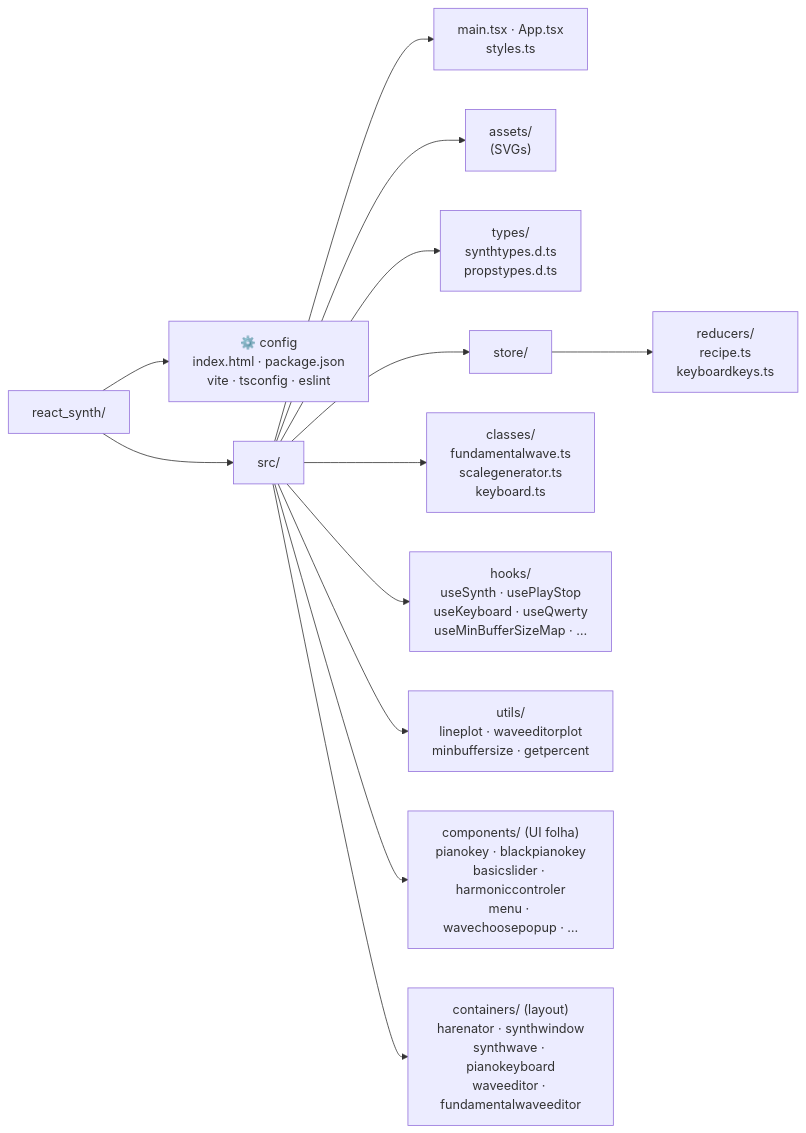
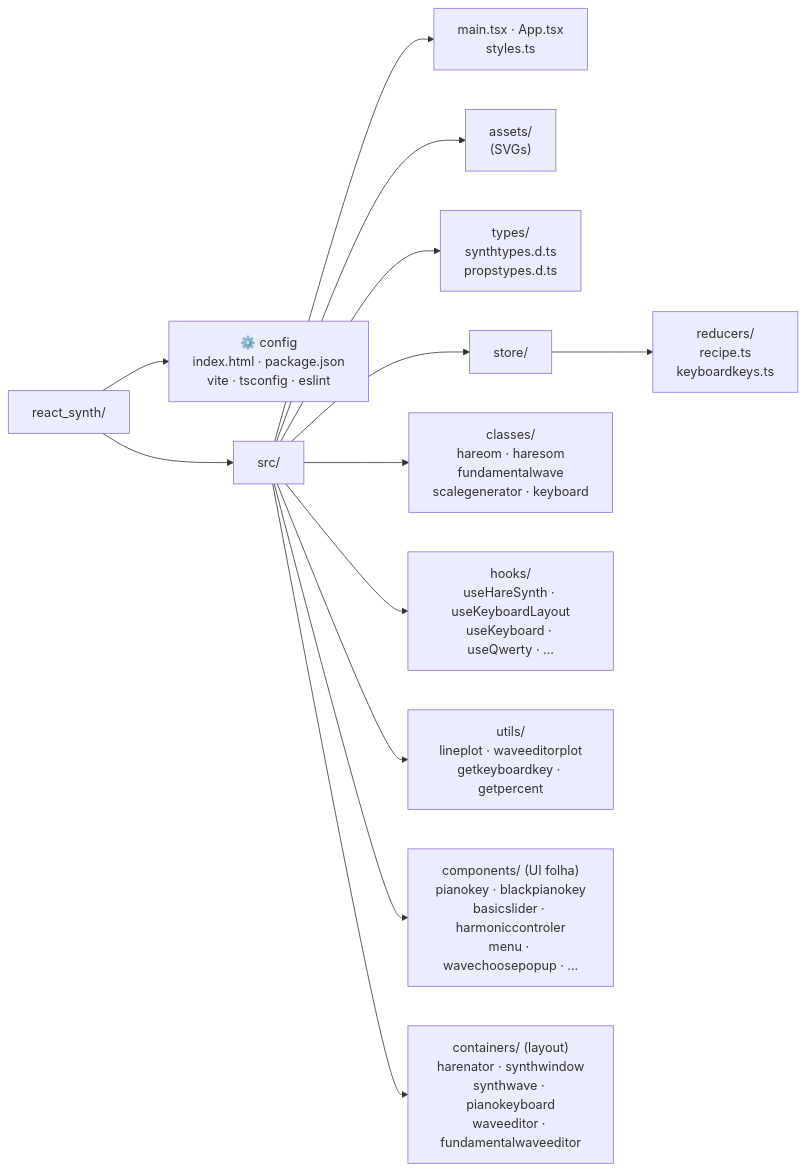
The second of 2 diagrams in docs/arquitetura.md (k-lila/react_synth), drawn with Mermaid before and after one commit. The commit also changed other lines of this file and 9 other files, not shown here.

````diff
--- a/docs/arquitetura.md
+++ b/docs/arquitetura.md
@@ -145,24 +151,24 @@
 ```mermaid
 flowchart LR
     root["react_synth/"]
 
     root --> cfg["⚙️ config<br/>index.html · package.json<br/>vite · tsconfig · eslint"]
     root --> src["src/"]
 
     src --> entry["main.tsx · App.tsx<br/>styles.ts"]
     src --> assets["assets/<br/>(SVGs)"]
     src --> types["types/<br/>synthtypes.d.ts<br/>propstypes.d.ts"]
 
     src --> store["store/"]
     store --> store_r["reducers/<br/>recipe.ts<br/>keyboardkeys.ts"]
 
-    src --> classes["classes/<br/>fundamentalwave.ts<br/>scalegenerator.ts<br/>keyboard.ts"]
+    src --> classes["classes/<br/>hareom · haresom<br/>fundamentalwave<br/>scalegenerator · keyboard"]
 
-    src --> hooks["hooks/<br/>useSynth · usePlayStop<br/>useKeyboard · useQwerty<br/>useMinBufferSizeMap · …"]
+    src --> hooks["hooks/<br/>useHareSynth · useKeyboardLayout<br/>useKeyboard · useQwerty · …"]
 
-    src --> utils["utils/<br/>lineplot · waveeditorplot<br/>minbuffersize · getpercent"]
+    src --> utils["utils/<br/>lineplot · waveeditorplot<br/>getkeyboardkey · getpercent"]
 
     src --> comps["components/ (UI folha)<br/>pianokey · blackpianokey<br/>basicslider · harmoniccontroler<br/>menu · wavechoosepopup · …"]
 
     src --> conts["containers/ (layout)<br/>harenator · synthwindow<br/>synthwave · pianokeyboard<br/>waveeditor · fundamentalwaveeditor"]
 ```
````
